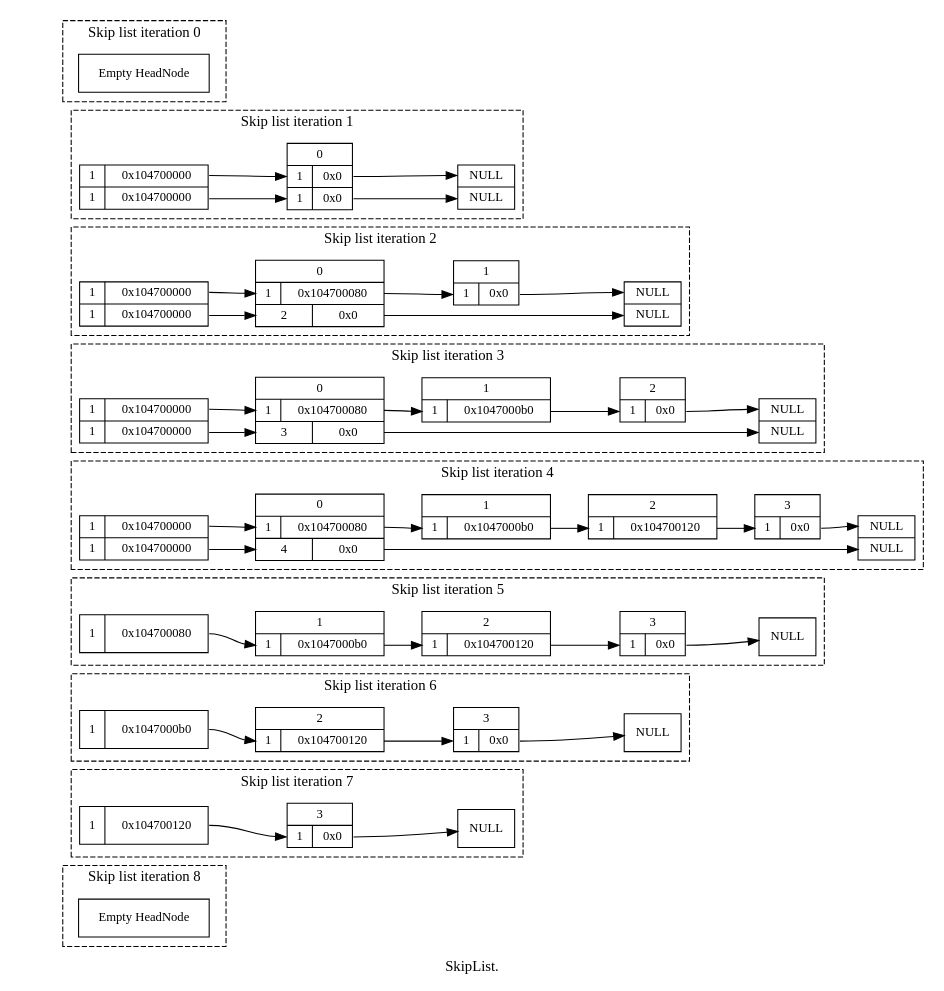
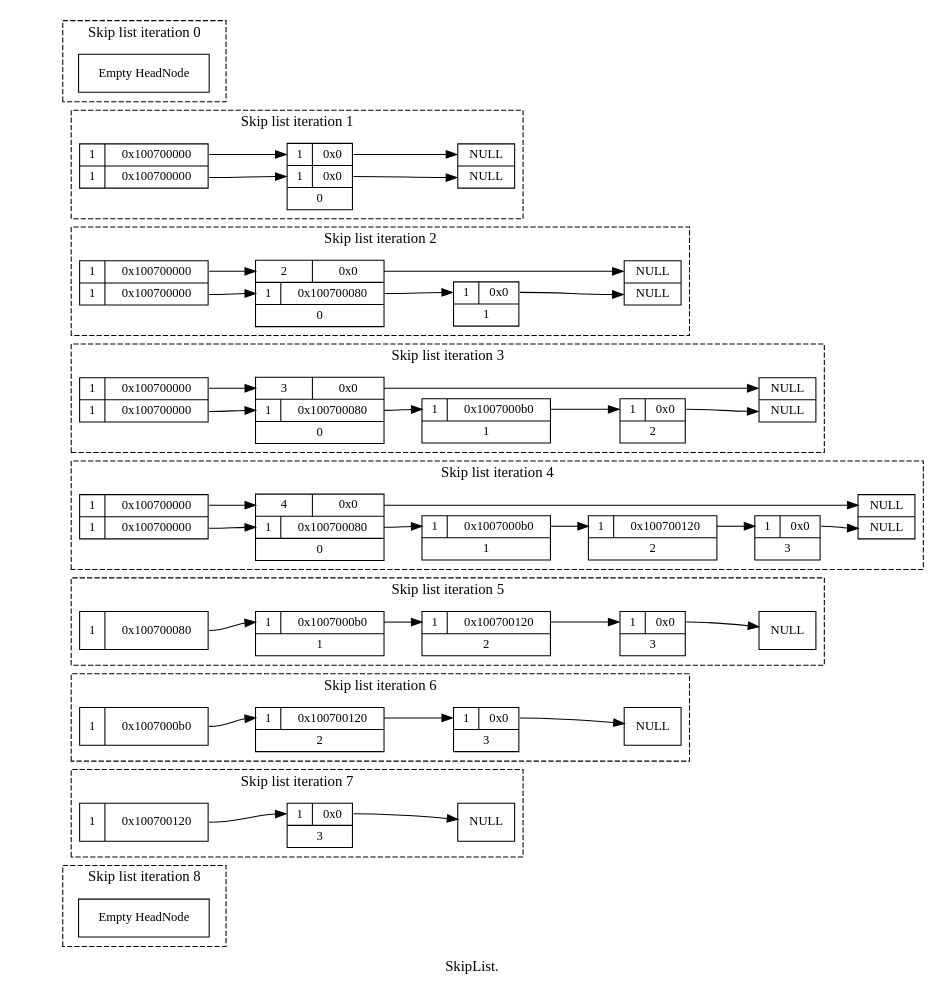
The diagram in doc/skiplist_visualisation/dot/doc_insert_remove_12-5_percent.dot (paulross/skiplist), drawn with Graphviz before and after one commit. The commit also changed 27 other files, not shown here.

```diff
--- a/doc/skiplist_visualisation/dot/doc_insert_remove_12-5_percent.dot
+++ b/doc/skiplist_visualisation/dot/doc_insert_remove_12-5_percent.dot
@@ -8,184 +8,211 @@
 subgraph cluster0 {
 style=dashed
 label="Skip list iteration 0"
+
 "HeadNode0" [
 label = "Empty HeadNode"
 shape = "record"
 ];
+
+
 }
 
 subgraph cluster1 {
 style=dashed
 label="Skip list iteration 1"
+
 "HeadNode1" [
-label = "{ 1 | <f0> 0x104700000} | { 1 | <f1> 0x104700000}"
+label = "{ 1 | <f2> 0x100700000} | { 1 | <f1> 0x100700000}"
 shape = "record"
 ];
-"node10x0" [label = "<w1> NULL | <w2> NULL" shape = "record"];
-"HeadNode1":f0 -> "node10x104700000":w1 [];
-"HeadNode1":f1 -> "node10x104700000":w2 [];
-"node10x104700000" [
-label = "<f0> 0 | { <w1> 1 | <f1> 0x0 } | { <w2> 1 | <f2> 0x0 }"
+"HeadNode1":f1 -> "node10x100700000":w1 [];
+"HeadNode1":f2 -> "node10x100700000":w2 [];
+
+"node10x100700000" [
+label = " { <w2> 1 | <f2> 0x0 } | { <w1> 1 | <f1> 0x0 } | <f0> 0"
 shape = "record"
 ];
-"node10x104700000":f1 -> "node10x0":w1 [];
-"node10x104700000":f2 -> "node10x0":w2 [];
+"node10x100700000":f1 -> "node10x0":w1 [];
+"node10x100700000":f2 -> "node10x0":w2 [];
+
+"node10x0" [label = "<w2> NULL | <w1> NULL" shape = "record"];
 }
 
 subgraph cluster2 {
 style=dashed
 label="Skip list iteration 2"
+
 "HeadNode2" [
-label = "{ 1 | <f0> 0x104700000} | { 1 | <f1> 0x104700000}"
+label = "{ 1 | <f2> 0x100700000} | { 1 | <f1> 0x100700000}"
 shape = "record"
 ];
-"node20x0" [label = "<w1> NULL | <w2> NULL" shape = "record"];
-"HeadNode2":f0 -> "node20x104700000":w1 [];
-"HeadNode2":f1 -> "node20x104700000":w2 [];
-"node20x104700000" [
-label = "<f0> 0 | { <w1> 1 | <f1> 0x104700080 } | { <w2> 2 | <f2> 0x0 }"
+"HeadNode2":f1 -> "node20x100700000":w1 [];
+"HeadNode2":f2 -> "node20x100700000":w2 [];
+
+"node20x100700000" [
+label = " { <w2> 2 | <f2> 0x0 } | { <w1> 1 | <f1> 0x100700080 } | <f0> 0"
 shape = "record"
 ];
-"node20x104700000":f1 -> "node20x104700080":w1 [];
-"node20x104700000":f2 -> "node20x0":w2 [];
-"node20x104700080" [
-label = "<f0> 1 | { <w1> 1 | <f1> 0x0 }"
+"node20x100700000":f1 -> "node20x100700080":w1 [];
+"node20x100700000":f2 -> "node20x0":w2 [];
+"node20x100700080" [
+label = " { <w1> 1 | <f1> 0x0 } | <f0> 1"
 shape = "record"
 ];
-"node20x104700080":f1 -> "node20x0":w1 [];
+"node20x100700080":f1 -> "node20x0":w1 [];
+
+"node20x0" [label = "<w2> NULL | <w1> NULL" shape = "record"];
 }
 
 subgraph cluster3 {
 style=dashed
 label="Skip list iteration 3"
+
 "HeadNode3" [
-label = "{ 1 | <f0> 0x104700000} | { 1 | <f1> 0x104700000}"
+label = "{ 1 | <f2> 0x100700000} | { 1 | <f1> 0x100700000}"
 shape = "record"
 ];
-"node30x0" [label = "<w1> NULL | <w2> NULL" shape = "record"];
-"HeadNode3":f0 -> "node30x104700000":w1 [];
-"HeadNode3":f1 -> "node30x104700000":w2 [];
-"node30x104700000" [
-label = "<f0> 0 | { <w1> 1 | <f1> 0x104700080 } | { <w2> 3 | <f2> 0x0 }"
+"HeadNode3":f1 -> "node30x100700000":w1 [];
+"HeadNode3":f2 -> "node30x100700000":w2 [];
+
+"node30x100700000" [
+label = " { <w2> 3 | <f2> 0x0 } | { <w1> 1 | <f1> 0x100700080 } | <f0> 0"
 shape = "record"
 ];
-"node30x104700000":f1 -> "node30x104700080":w1 [];
-"node30x104700000":f2 -> "node30x0":w2 [];
-"node30x104700080" [
-label = "<f0> 1 | { <w1> 1 | <f1> 0x1047000b0 }"
+"node30x100700000":f1 -> "node30x100700080":w1 [];
+"node30x100700000":f2 -> "node30x0":w2 [];
+"node30x100700080" [
+label = " { <w1> 1 | <f1> 0x1007000b0 } | <f0> 1"
 shape = "record"
 ];
-"node30x104700080":f1 -> "node30x1047000b0":w1 [];
-"node30x1047000b0" [
-label = "<f0> 2 | { <w1> 1 | <f1> 0x0 }"
+"node30x100700080":f1 -> "node30x1007000b0":w1 [];
+"node30x1007000b0" [
+label = " { <w1> 1 | <f1> 0x0 } | <f0> 2"
 shape = "record"
 ];
-"node30x1047000b0":f1 -> "node30x0":w1 [];
+"node30x1007000b0":f1 -> "node30x0":w1 [];
+
+"node30x0" [label = "<w2> NULL | <w1> NULL" shape = "record"];
 }
 
 subgraph cluster4 {
 style=dashed
 label="Skip list iteration 4"
+
 "HeadNode4" [
-label = "{ 1 | <f0> 0x104700000} | { 1 | <f1> 0x104700000}"
+label = "{ 1 | <f2> 0x100700000} | { 1 | <f1> 0x100700000}"
 shape = "record"
 ];
-"node40x0" [label = "<w1> NULL | <w2> NULL" shape = "record"];
-"HeadNode4":f0 -> "node40x104700000":w1 [];
-"HeadNode4":f1 -> "node40x104700000":w2 [];
-"node40x104700000" [
-label = "<f0> 0 | { <w1> 1 | <f1> 0x104700080 } | { <w2> 4 | <f2> 0x0 }"
+"HeadNode4":f1 -> "node40x100700000":w1 [];
+"HeadNode4":f2 -> "node40x100700000":w2 [];
+
+"node40x100700000" [
+label = " { <w2> 4 | <f2> 0x0 } | { <w1> 1 | <f1> 0x100700080 } | <f0> 0"
 shape = "record"
 ];
-"node40x104700000":f1 -> "node40x104700080":w1 [];
-"node40x104700000":f2 -> "node40x0":w2 [];
-"node40x104700080" [
-label = "<f0> 1 | { <w1> 1 | <f1> 0x1047000b0 }"
+"node40x100700000":f1 -> "node40x100700080":w1 [];
+"node40x100700000":f2 -> "node40x0":w2 [];
+"node40x100700080" [
+label = " { <w1> 1 | <f1> 0x1007000b0 } | <f0> 1"
 shape = "record"
 ];
-"node40x104700080":f1 -> "node40x1047000b0":w1 [];
-"node40x1047000b0" [
-label = "<f0> 2 | { <w1> 1 | <f1> 0x104700120 }"
+"node40x100700080":f1 -> "node40x1007000b0":w1 [];
+"node40x1007000b0" [
+label = " { <w1> 1 | <f1> 0x100700120 } | <f0> 2"
 shape = "record"
 ];
-"node40x1047000b0":f1 -> "node40x104700120":w1 [];
-"node40x104700120" [
-label = "<f0> 3 | { <w1> 1 | <f1> 0x0 }"
+"node40x1007000b0":f1 -> "node40x100700120":w1 [];
+"node40x100700120" [
+label = " { <w1> 1 | <f1> 0x0 } | <f0> 3"
 shape = "record"
 ];
-"node40x104700120":f1 -> "node40x0":w1 [];
+"node40x100700120":f1 -> "node40x0":w1 [];
+
+"node40x0" [label = "<w2> NULL | <w1> NULL" shape = "record"];
 }
 
 subgraph cluster5 {
 style=dashed
 label="Skip list iteration 5"
+
 "HeadNode5" [
-label = "{ 1 | <f0> 0x104700080}"
+label = "{ 1 | <f1> 0x100700080}"
 shape = "record"
 ];
-"node50x0" [label = "<w1> NULL" shape = "record"];
-"HeadNode5":f0 -> "node50x104700080":w1 [];
-"node50x104700080" [
-label = "<f0> 1 | { <w1> 1 | <f1> 0x1047000b0 }"
+"HeadNode5":f1 -> "node50x100700080":w1 [];
+
+"node50x100700080" [
+label = " { <w1> 1 | <f1> 0x1007000b0 } | <f0> 1"
 shape = "record"
 ];
-"node50x104700080":f1 -> "node50x1047000b0":w1 [];
-"node50x1047000b0" [
-label = "<f0> 2 | { <w1> 1 | <f1> 0x104700120 }"
+"node50x100700080":f1 -> "node50x1007000b0":w1 [];
+"node50x1007000b0" [
+label = " { <w1> 1 | <f1> 0x100700120 } | <f0> 2"
 shape = "record"
 ];
-"node50x1047000b0":f1 -> "node50x104700120":w1 [];
-"node50x104700120" [
-label = "<f0> 3 | { <w1> 1 | <f1> 0x0 }"
+"node50x1007000b0":f1 -> "node50x100700120":w1 [];
+"node50x100700120" [
+label = " { <w1> 1 | <f1> 0x0 } | <f0> 3"
 shape = "record"
 ];
-"node50x104700120":f1 -> "node50x0":w1 [];
+"node50x100700120":f1 -> "node50x0":w1 [];
+
+"node50x0" [label = "<w1> NULL" shape = "record"];
 }
 
 subgraph cluster6 {
 style=dashed
 label="Skip list iteration 6"
+
 "HeadNode6" [
-label = "{ 1 | <f0> 0x1047000b0}"
+label = "{ 1 | <f1> 0x1007000b0}"
 shape = "record"
 ];
-"node60x0" [label = "<w1> NULL" shape = "record"];
-"HeadNode6":f0 -> "node60x1047000b0":w1 [];
-"node60x1047000b0" [
-label = "<f0> 2 | { <w1> 1 | <f1> 0x104700120 }"
+"HeadNode6":f1 -> "node60x1007000b0":w1 [];
+
+"node60x1007000b0" [
+label = " { <w1> 1 | <f1> 0x100700120 } | <f0> 2"
 shape = "record"
 ];
-"node60x1047000b0":f1 -> "node60x104700120":w1 [];
-"node60x104700120" [
-label = "<f0> 3 | { <w1> 1 | <f1> 0x0 }"
+"node60x1007000b0":f1 -> "node60x100700120":w1 [];
+"node60x100700120" [
+label = " { <w1> 1 | <f1> 0x0 } | <f0> 3"
 shape = "record"
 ];
-"node60x104700120":f1 -> "node60x0":w1 [];
+"node60x100700120":f1 -> "node60x0":w1 [];
+
+"node60x0" [label = "<w1> NULL" shape = "record"];
 }
 
 subgraph cluster7 {
 style=dashed
 label="Skip list iteration 7"
+
 "HeadNode7" [
-label = "{ 1 | <f0> 0x104700120}"
+label = "{ 1 | <f1> 0x100700120}"
 shape = "record"
 ];
-"node70x0" [label = "<w1> NULL" shape = "record"];
-"HeadNode7":f0 -> "node70x104700120":w1 [];
-"node70x104700120" [
-label = "<f0> 3 | { <w1> 1 | <f1> 0x0 }"
+"HeadNode7":f1 -> "node70x100700120":w1 [];
+
+"node70x100700120" [
+label = " { <w1> 1 | <f1> 0x0 } | <f0> 3"
 shape = "record"
 ];
-"node70x104700120":f1 -> "node70x0":w1 [];
+"node70x100700120":f1 -> "node70x0":w1 [];
+
+"node70x0" [label = "<w1> NULL" shape = "record"];
 }
 
 subgraph cluster8 {
 style=dashed
 label="Skip list iteration 8"
+
 "HeadNode8" [
 label = "Empty HeadNode"
 shape = "record"
 ];
+
+
 }
 
 node0 [shape=record, label = "<f0> | <f1> | <f2> | <f3> | <f4> | <f5> | <f6> | <f7> | <f8> | ", style=invis, width=0.01];
```
